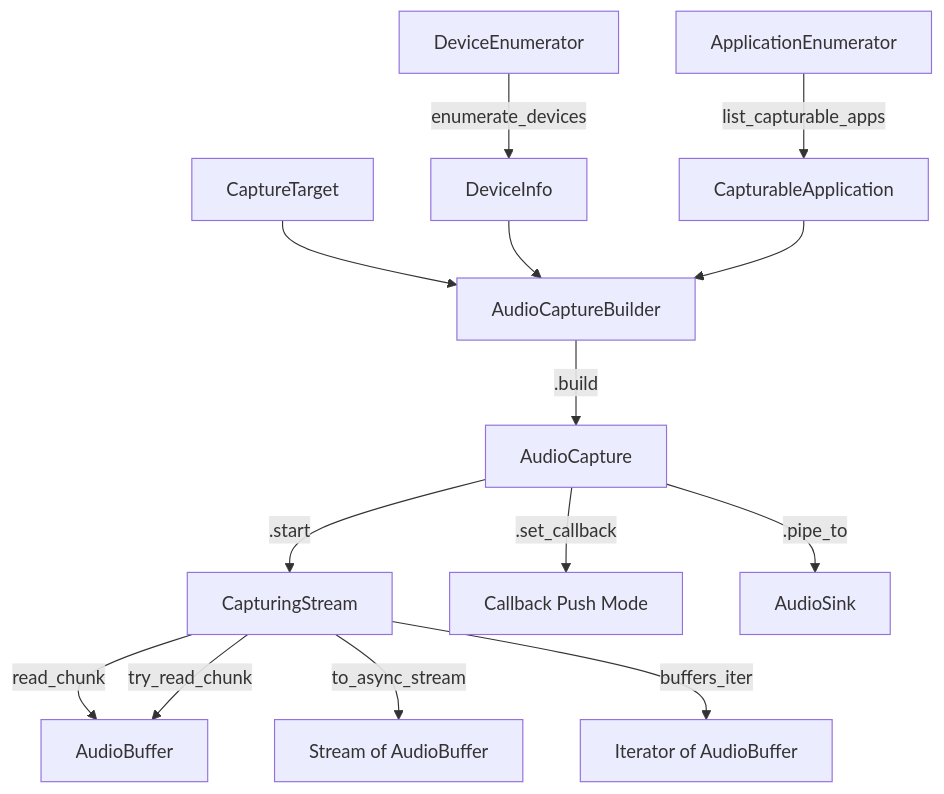
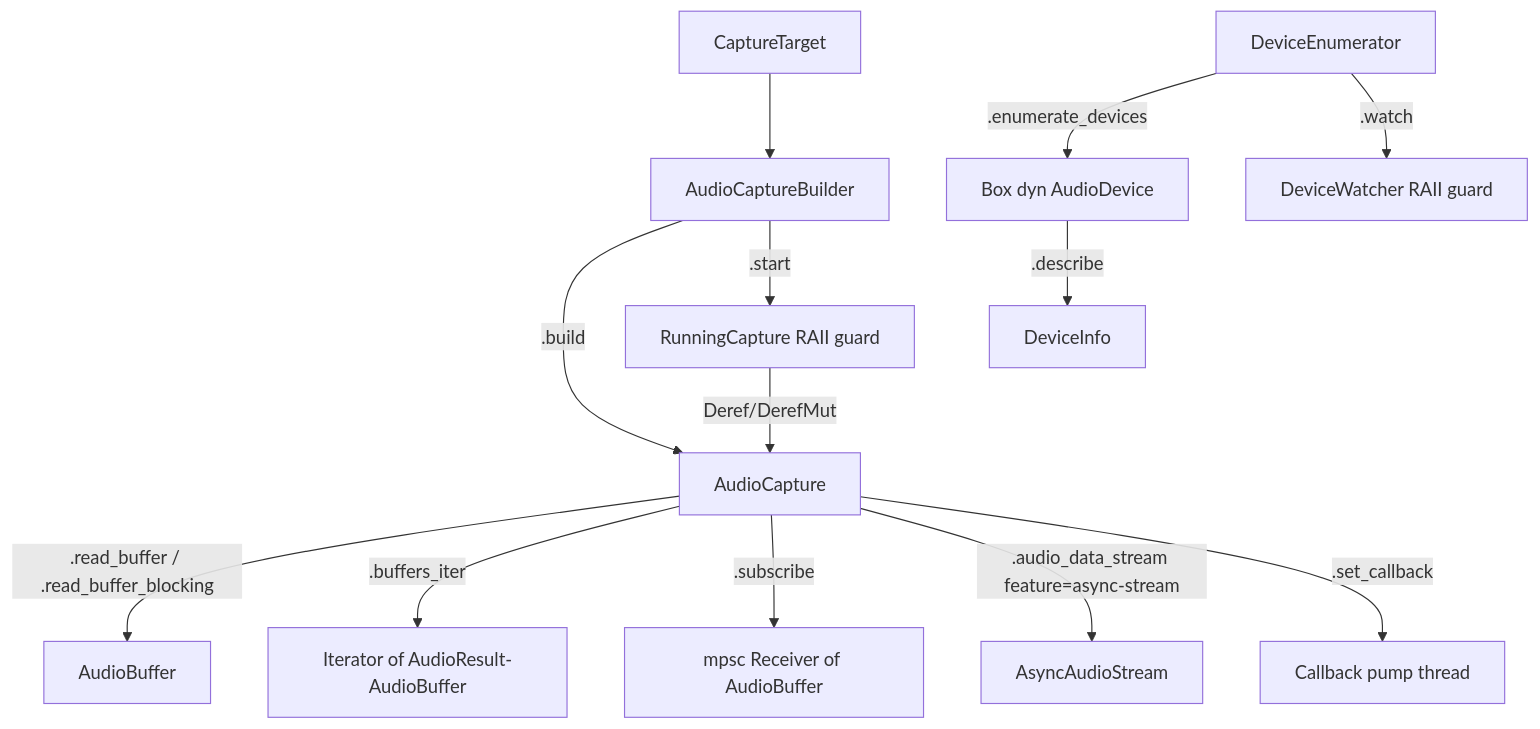
The diagram in docs/architecture/API_DESIGN.md (Codeseys-Labs/rust-crossplat-audio-capture), drawn with Mermaid before and after one commit. The commit also changed other lines of this file and 158 other files, not shown here.

````diff
--- a/docs/architecture/API_DESIGN.md
+++ b/docs/architecture/API_DESIGN.md
@@ -33,18 +43,17 @@
 ```mermaid
 graph TD
     A[AudioCaptureBuilder] -->|.build| B[AudioCapture]
-    B -->|.start| C[CapturingStream]
-    C -->|read_chunk| D[AudioBuffer]
-    C -->|try_read_chunk| D
-    C -->|to_async_stream| E[Stream of AudioBuffer]
-    C -->|buffers_iter| F[Iterator of AudioBuffer]
-    B -->|.set_callback| G[Callback Push Mode]
-    B -->|.pipe_to| H[AudioSink]
+    A -->|.start| R[RunningCapture RAII guard]
+    R -->|Deref/DerefMut| B
+    B -->|.read_buffer / .read_buffer_blocking| D[AudioBuffer]
+    B -->|.buffers_iter| F[Iterator of AudioResult-AudioBuffer]
+    B -->|.subscribe| G[mpsc Receiver of AudioBuffer]
+    B -->|.audio_data_stream feature=async-stream| E[AsyncAudioStream]
+    B -->|.set_callback| H[Callback pump thread]
 
-    I[DeviceEnumerator] -->|enumerate_devices| J[DeviceInfo]
-    K[ApplicationEnumerator] -->|list_capturable_apps| L[CapturableApplication]
+    I[DeviceEnumerator] -->|.enumerate_devices| J[Box dyn AudioDevice]
+    J -->|.describe| K[DeviceInfo]
+    I -->|.watch| W[DeviceWatcher RAII guard]
 
     M[CaptureTarget] --> A
-    J --> A
-    L --> A
 ```
````
